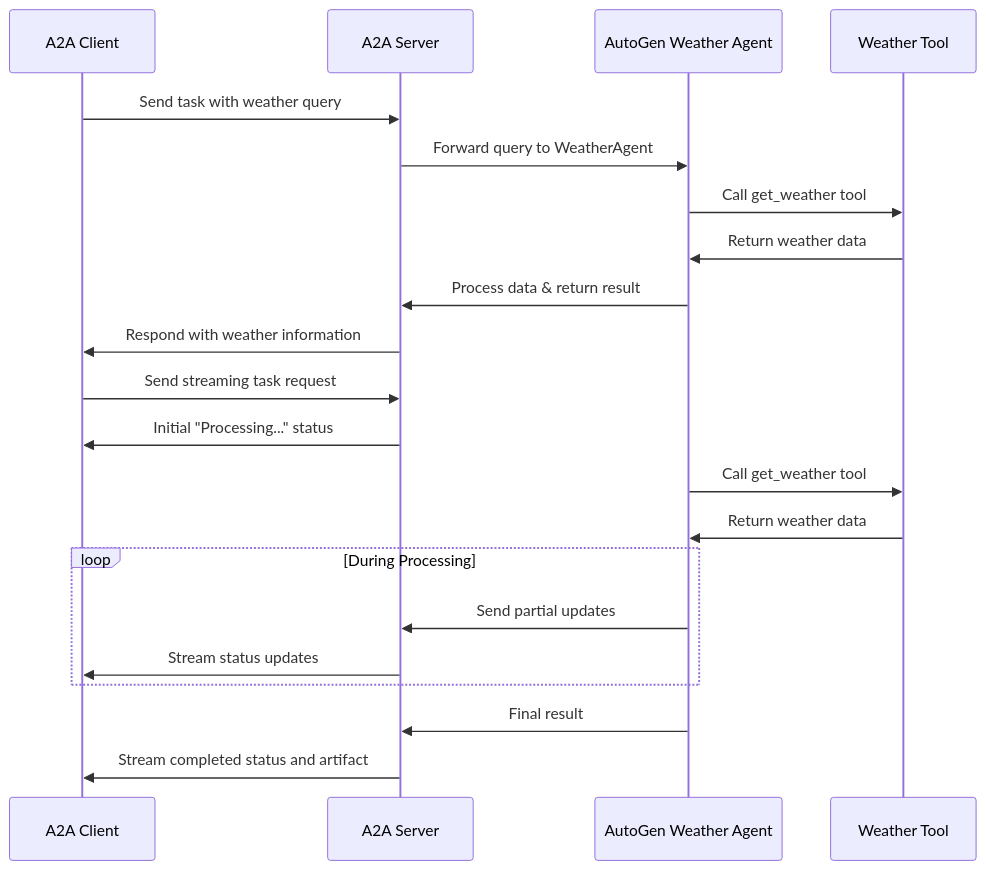
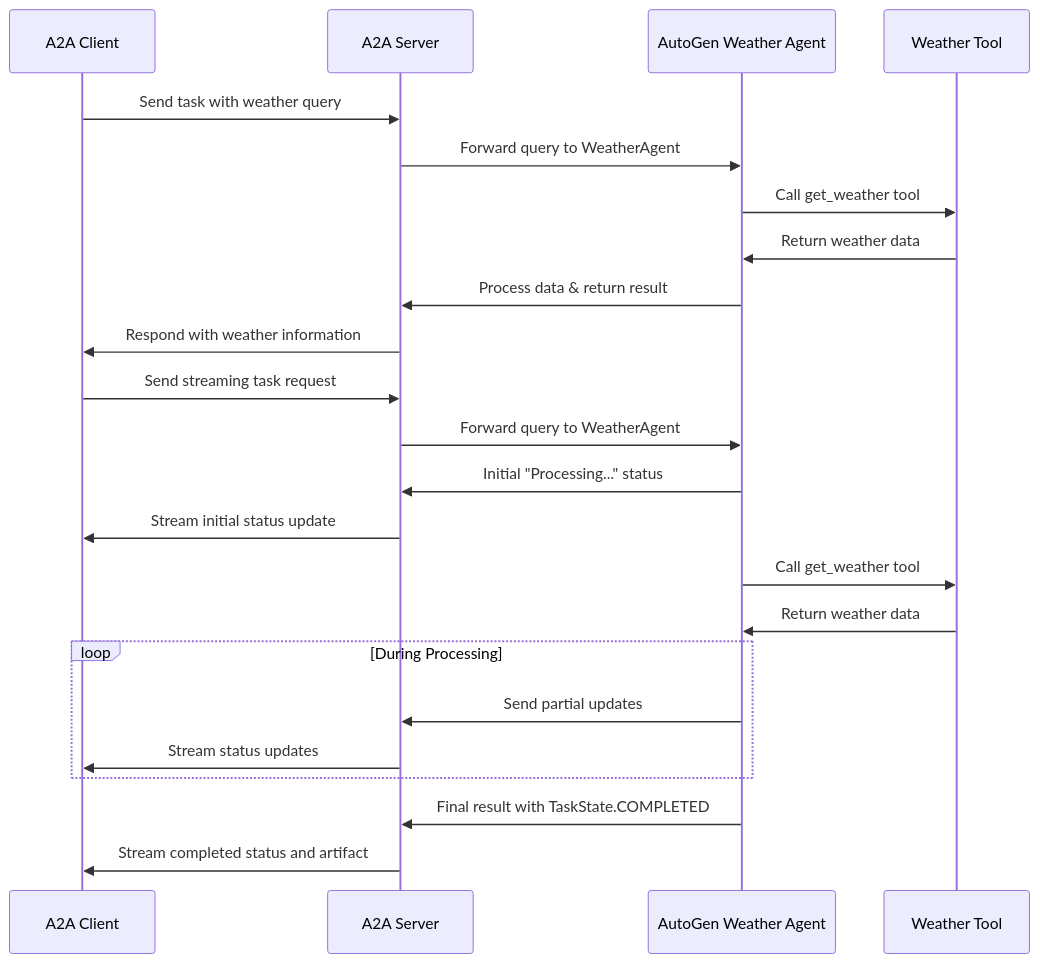
Before and after one commit to victordibia/A2A: the diagram in samples/python/agents/autogen/README.md, drawn with Mermaid. The commit also changed other lines of this file, not shown here.

Commit message:
readme update

````diff
--- a/samples/python/agents/autogen/README.md
+++ b/samples/python/agents/autogen/README.md
@@ -29,31 +29,33 @@
 ```mermaid
 sequenceDiagram
     participant Client as A2A Client
     participant Server as A2A Server
     participant Agent as AutoGen Weather Agent
     participant Tool as Weather Tool
 
     %% Non-streaming flow
     Client->>Server: Send task with weather query
     Server->>Agent: Forward query to WeatherAgent
 
     Agent->>Tool: Call get_weather tool
     Tool->>Agent: Return weather data
     Agent->>Server: Process data & return result
     Server->>Client: Respond with weather information
 
     %% Streaming flow
     Client->>Server: Send streaming task request
-    Server->>Client: Initial "Processing..." status
+    Server->>Agent: Forward query to WeatherAgent
+    Agent->>Server: Initial "Processing..." status
+    Server->>Client: Stream initial status update
 
     Agent->>Tool: Call get_weather tool
     Tool->>Agent: Return weather data
 
     loop During Processing
         Agent->>Server: Send partial updates
         Server->>Client: Stream status updates
     end
 
-    Agent->>Server: Final result
+    Agent->>Server: Final result with TaskState.COMPLETED
     Server->>Client: Stream completed status and artifact
 ```
````
